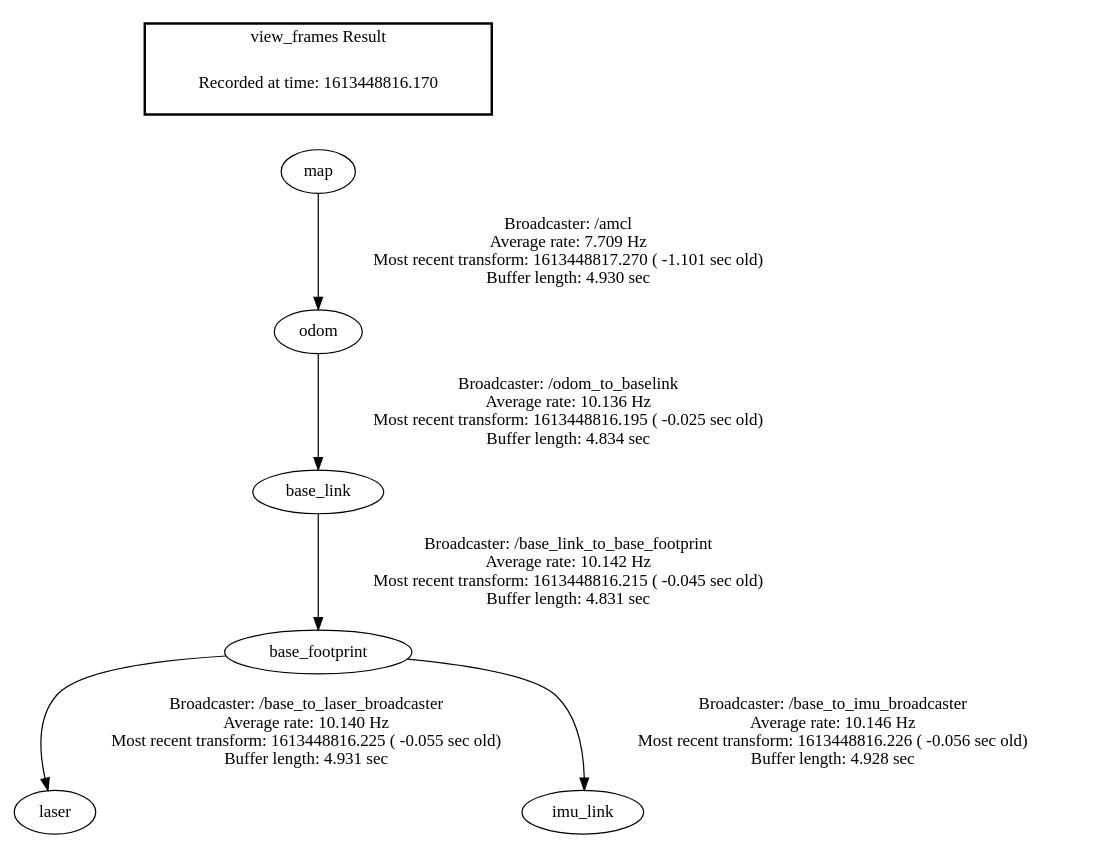
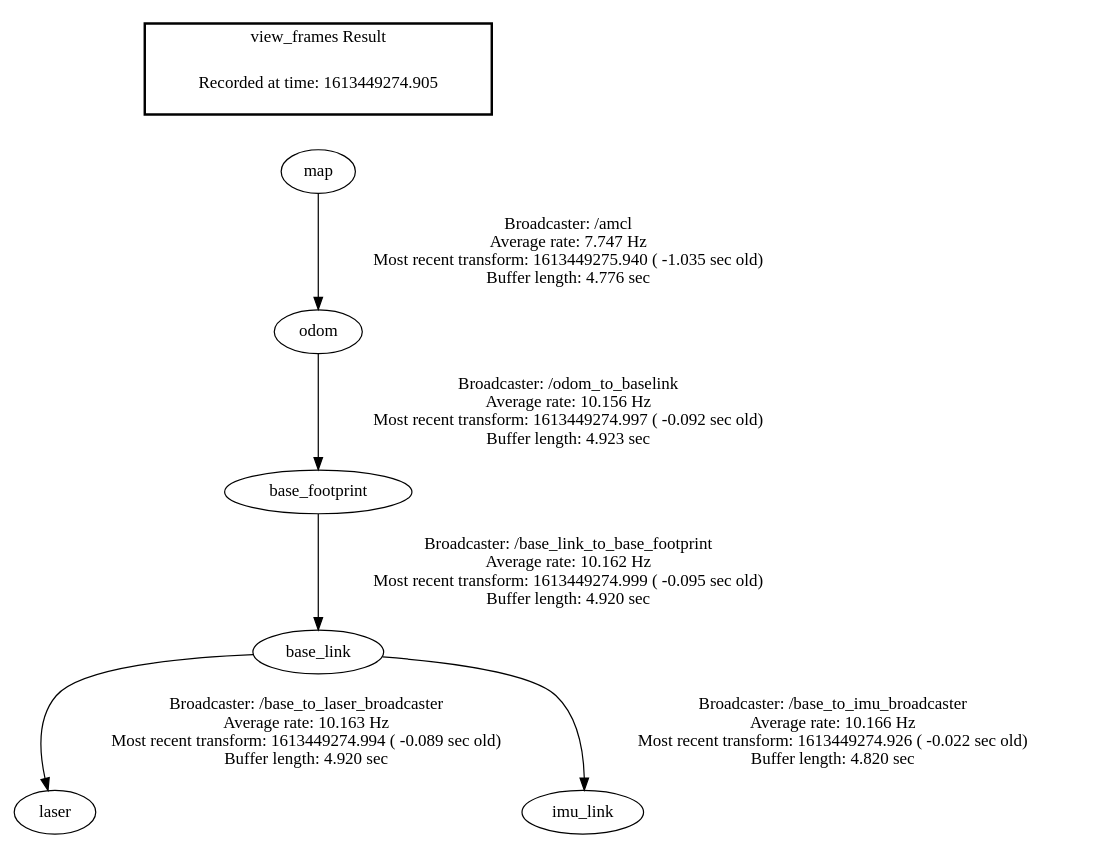
The diagram in src/2D_Navigation_Stack/frams/actual_machine/frames.gv (Ramune6110/Autonomous-Mobile-Robot-Project), drawn with Graphviz before and after one commit. The commit also changed 8 other files, not shown here.

```diff
--- a/src/2D_Navigation_Stack/frams/actual_machine/frames.gv
+++ b/src/2D_Navigation_Stack/frams/actual_machine/frames.gv
@@ -1,11 +1,11 @@
 digraph G {
-"base_footprint" -> "laser"[label="Broadcaster: /base_to_laser_broadcaster\nAverage rate: 10.140 Hz\nMost recent transform: 1613448816.225 ( -0.055 sec old)\nBuffer length: 4.931 sec\n"];
-"base_link" -> "base_footprint"[label="Broadcaster: /base_link_to_base_footprint\nAverage rate: 10.142 Hz\nMost recent transform: 1613448816.215 ( -0.045 sec old)\nBuffer length: 4.831 sec\n"];
-"base_footprint" -> "imu_link"[label="Broadcaster: /base_to_imu_broadcaster\nAverage rate: 10.146 Hz\nMost recent transform: 1613448816.226 ( -0.056 sec old)\nBuffer length: 4.928 sec\n"];
-"map" -> "odom"[label="Broadcaster: /amcl\nAverage rate: 7.709 Hz\nMost recent transform: 1613448817.270 ( -1.101 sec old)\nBuffer length: 4.930 sec\n"];
-"odom" -> "base_link"[label="Broadcaster: /odom_to_baselink\nAverage rate: 10.136 Hz\nMost recent transform: 1613448816.195 ( -0.025 sec old)\nBuffer length: 4.834 sec\n"];
+"odom" -> "base_footprint"[label="Broadcaster: /odom_to_baselink\nAverage rate: 10.156 Hz\nMost recent transform: 1613449274.997 ( -0.092 sec old)\nBuffer length: 4.923 sec\n"];
+"map" -> "odom"[label="Broadcaster: /amcl\nAverage rate: 7.747 Hz\nMost recent transform: 1613449275.940 ( -1.035 sec old)\nBuffer length: 4.776 sec\n"];
+"base_link" -> "laser"[label="Broadcaster: /base_to_laser_broadcaster\nAverage rate: 10.163 Hz\nMost recent transform: 1613449274.994 ( -0.089 sec old)\nBuffer length: 4.920 sec\n"];
+"base_footprint" -> "base_link"[label="Broadcaster: /base_link_to_base_footprint\nAverage rate: 10.162 Hz\nMost recent transform: 1613449274.999 ( -0.095 sec old)\nBuffer length: 4.920 sec\n"];
+"base_link" -> "imu_link"[label="Broadcaster: /base_to_imu_broadcaster\nAverage rate: 10.166 Hz\nMost recent transform: 1613449274.926 ( -0.022 sec old)\nBuffer length: 4.820 sec\n"];
 edge [style=invis];
  subgraph cluster_legend { style=bold; color=black; label ="view_frames Result";
-"Recorded at time: 1613448816.170"[ shape=plaintext ] ;
+"Recorded at time: 1613449274.905"[ shape=plaintext ] ;
  }->"map";
 }
```
